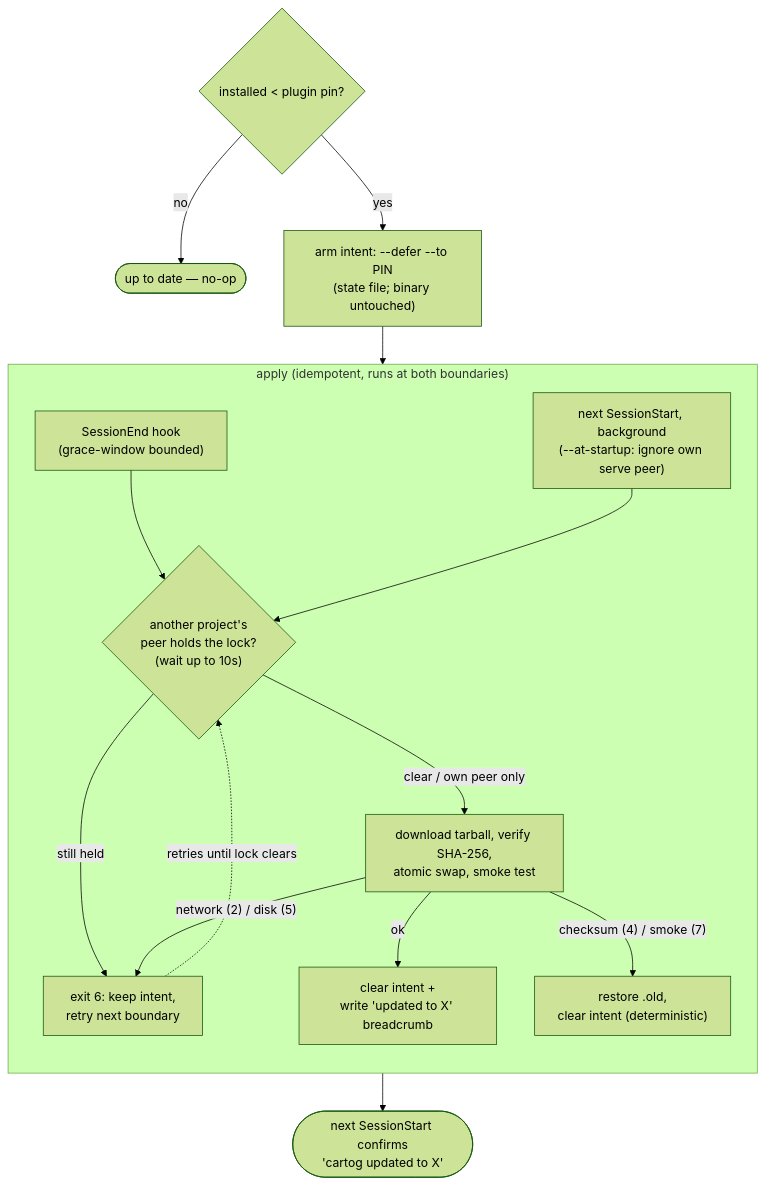
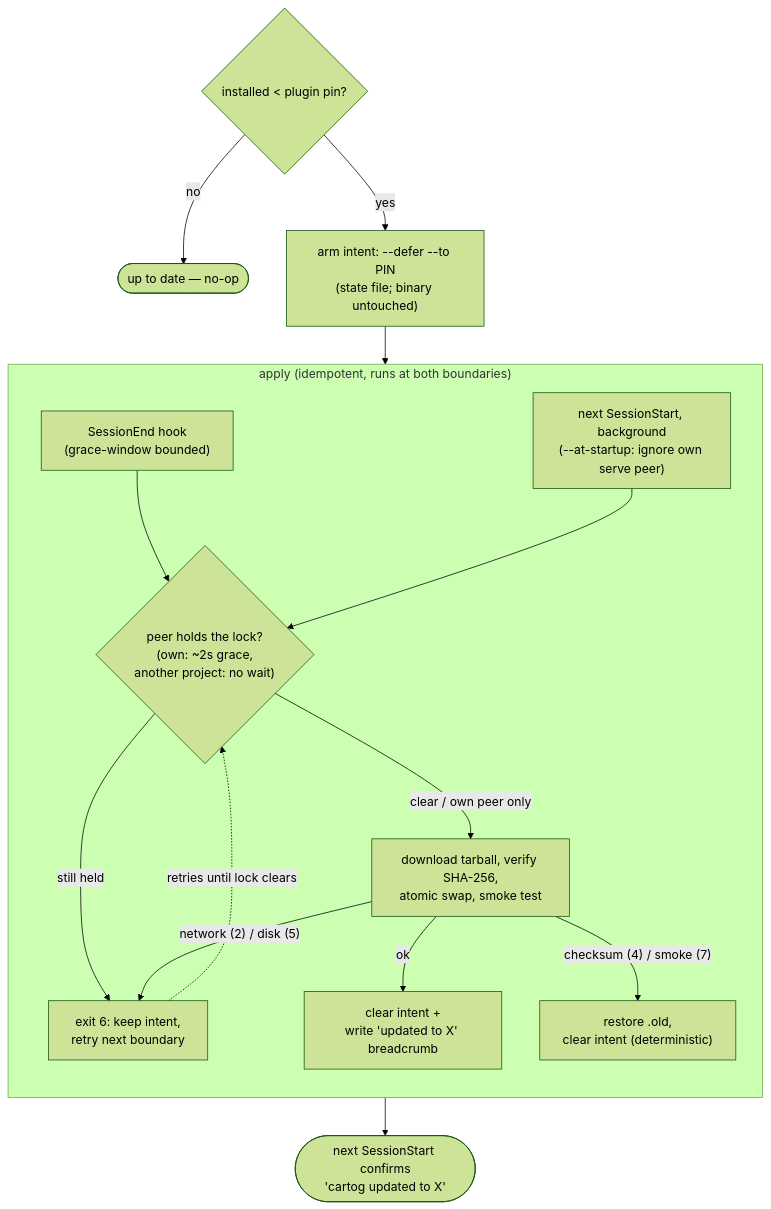
Before and after one commit to jrollin/cartog: the diagram in docs/how-to/update-cartog.md, drawn with Mermaid (forest theme). The commit also changed other lines of this file and 7 other files, not shown here.

First line of the commit message:
fix(self-update): size the peer wait by which lock is blocking

````diff
--- a/docs/how-to/update-cartog.md
+++ b/docs/how-to/update-cartog.md
@@ -61,25 +61,25 @@
 ```mermaid
 flowchart TD
     drift{"installed < plugin pin?"}
     drift -- no --> done([up to date — no-op])
     drift -- yes --> arm["arm intent: --defer --to PIN<br/>(state file; binary untouched)"]
 
     arm --> apply
 
     subgraph apply["apply (idempotent, runs at both boundaries)"]
         direction TB
         endHook["SessionEnd hook<br/>(grace-window bounded)"]
         startHook["next SessionStart, background<br/>(--at-startup: ignore own serve peer)"]
         endHook --> peer
         startHook --> peer
-        peer{"another project's<br/>peer holds the lock?<br/>(wait up to 10s)"}
+        peer{"peer holds the lock?<br/>(own: ~2s grace,<br/>another project: no wait)"}
         peer -- "still held" --> kept["exit 6: keep intent,<br/>retry next boundary"]
         peer -- "clear / own peer only" --> swap["download tarball, verify SHA-256,<br/>atomic swap, smoke test"]
         swap -- "ok" --> clear["clear intent +<br/>write 'updated to X' breadcrumb"]
         swap -- "checksum (4) / smoke (7)" --> rollback["restore .old,<br/>clear intent (deterministic)"]
         swap -- "network (2) / disk (5)" --> kept
     end
 
     kept -. "retries until lock clears" .-> peer
     clear --> confirm([next SessionStart confirms<br/>'cartog updated to X'])
 ```
````
